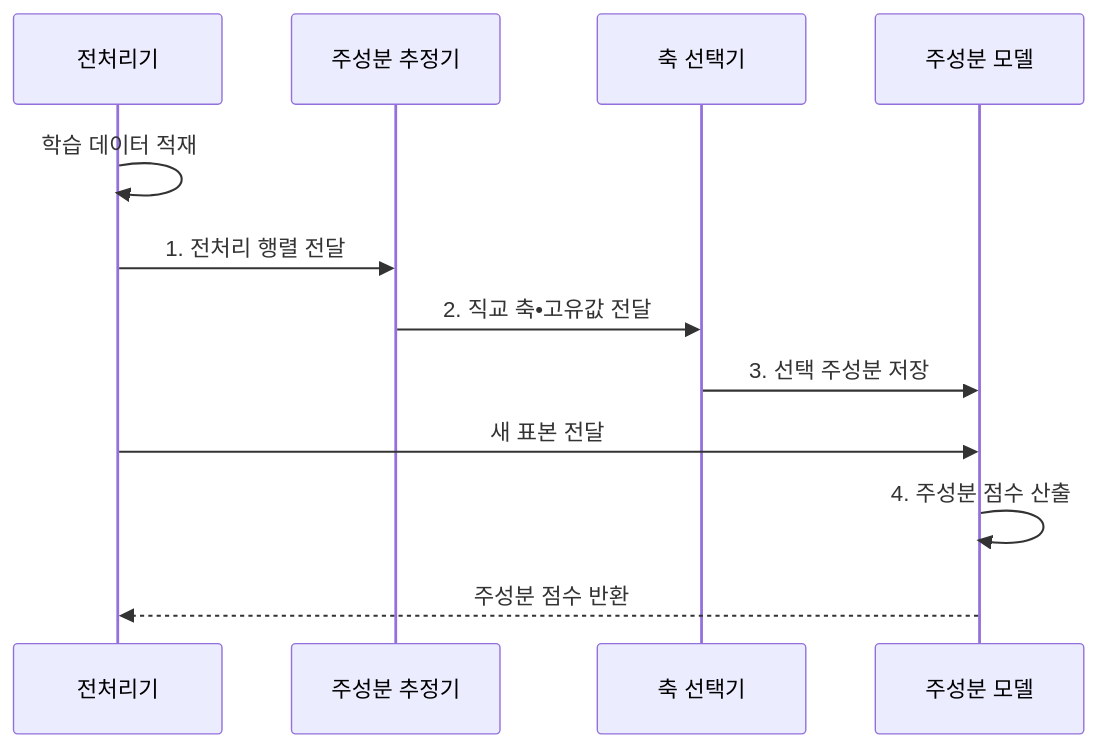
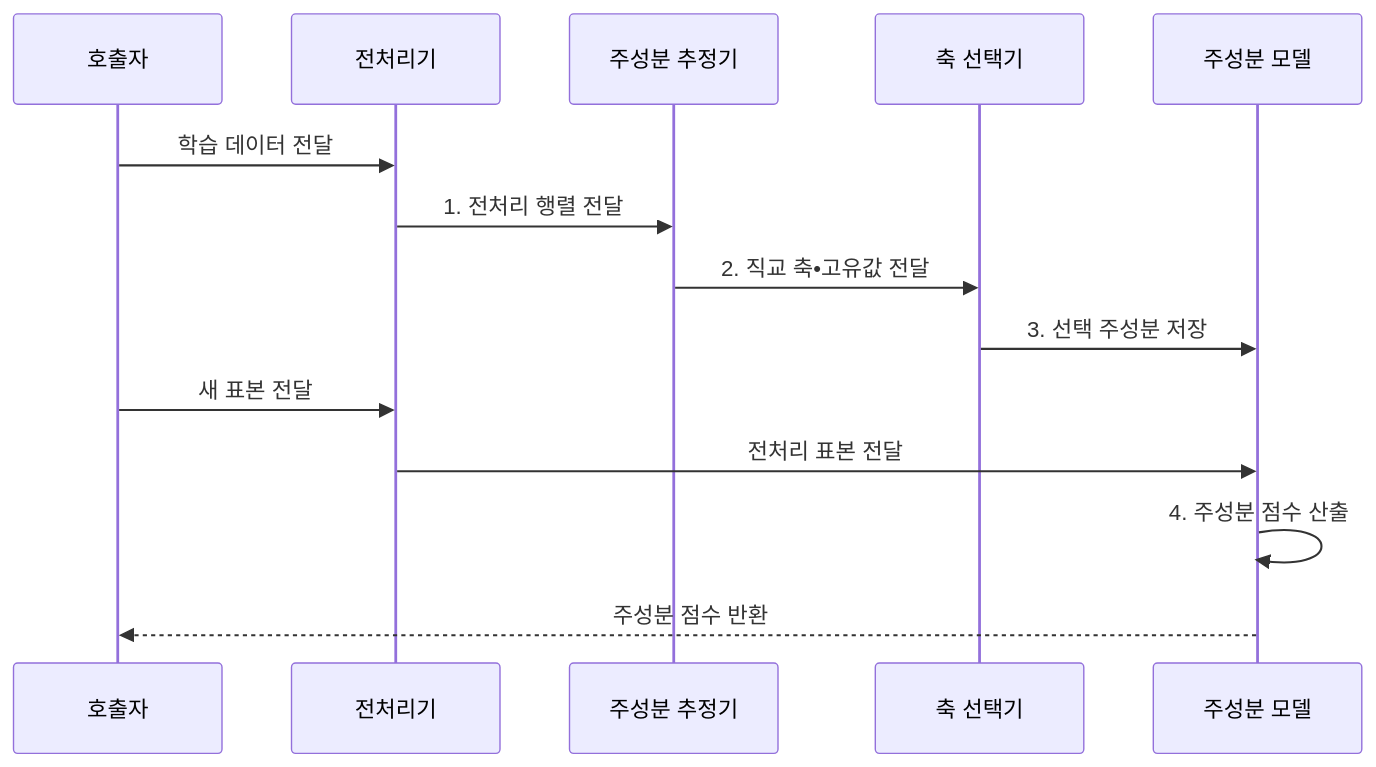
The second of 2 diagrams in src/content/docs/notes/01-basic-theory/036_pca.md (agnusdei1207/knowledge-base), drawn with Mermaid before and after one commit. The commit also changed other lines of this file and 12 other files, not shown here.

````diff
--- a/src/content/docs/notes/01-basic-theory/036_pca.md
+++ b/src/content/docs/notes/01-basic-theory/036_pca.md
@@ -102,14 +102,16 @@
 ```mermaid
 sequenceDiagram
+    participant Q as 호출자
     participant T as 전처리기
     participant E as 주성분 추정기
     participant K as 축 선택기
     participant M as 주성분 모델
-    T->>T: 학습 데이터 적재
+    Q->>T: 학습 데이터 전달
     T->>E: 1. 전처리 행렬 전달
     E->>K: 2. 직교 축•고유값 전달
     K->>M: 3. 선택 주성분 저장
-    T->>M: 새 표본 전달
+    Q->>T: 새 표본 전달
+    T->>M: 전처리 표본 전달
     M->>M: 4. 주성분 점수 산출
-    M-->>T: 주성분 점수 반환
+    M-->>Q: 주성분 점수 반환
 ```
````
